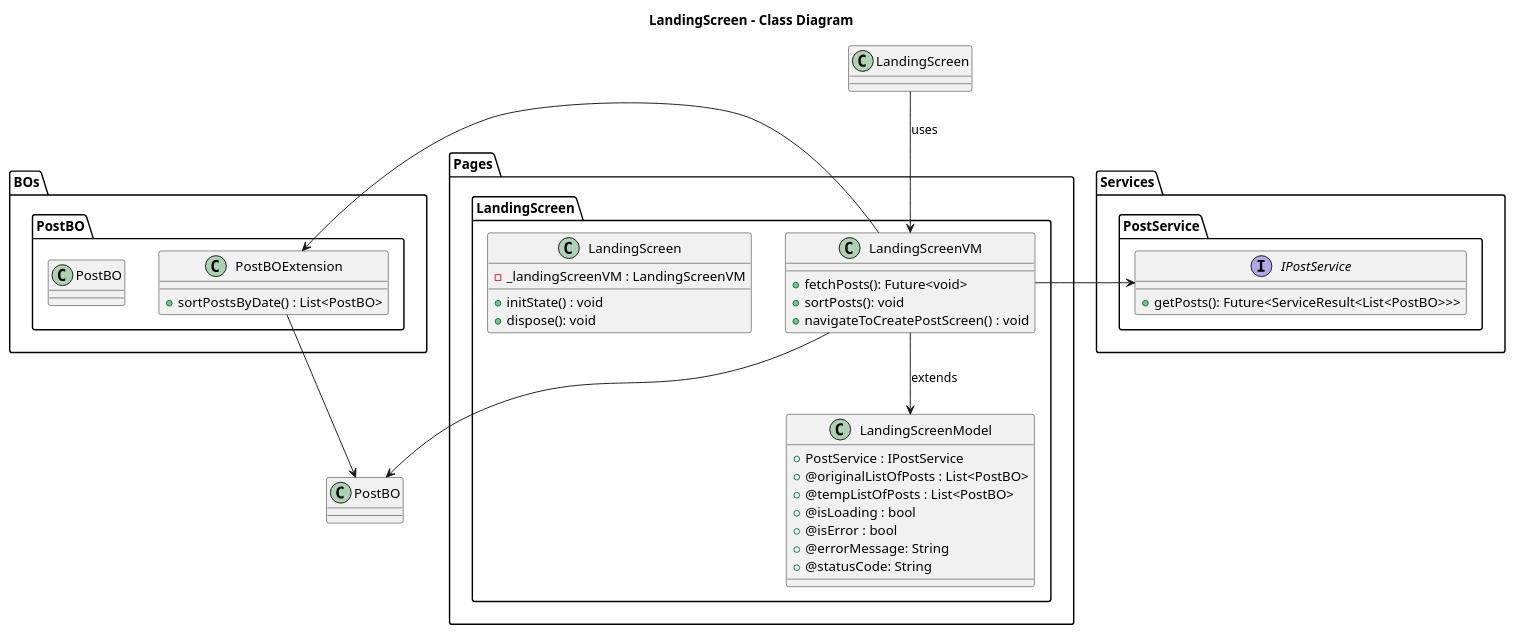
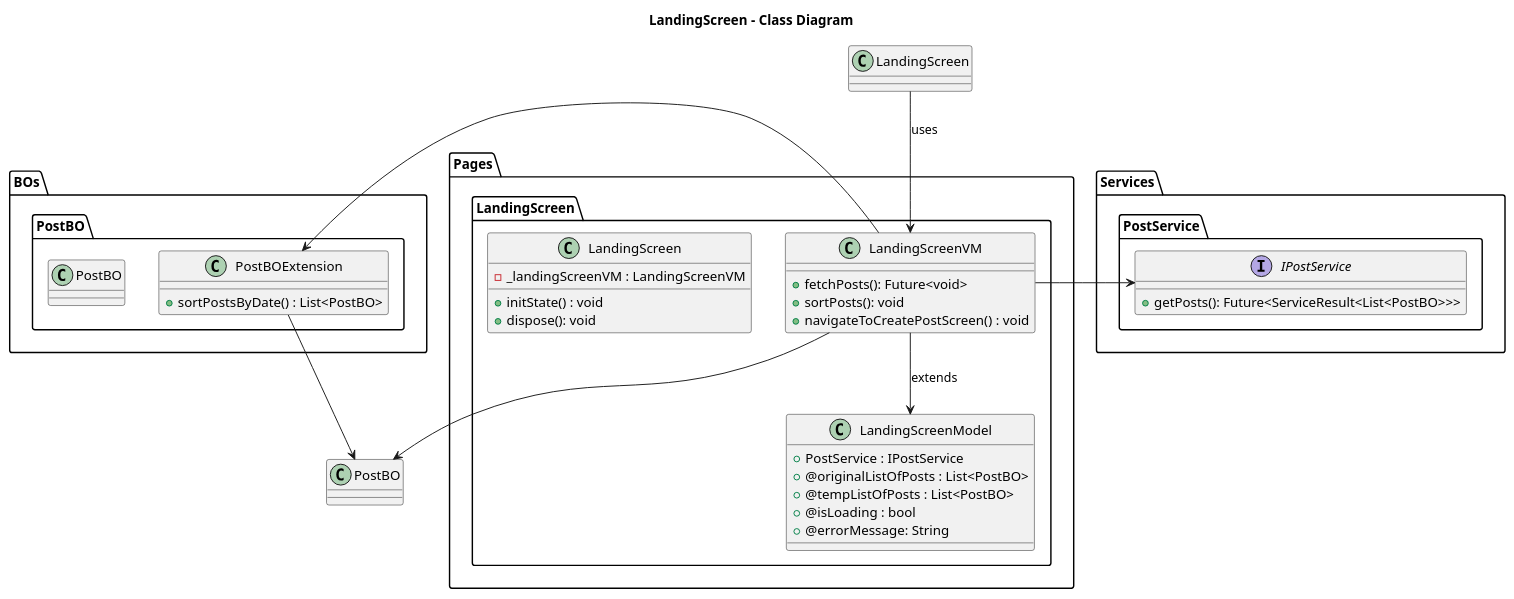
One commit to ThirumuruganArumugam/social_media changed the diagram in lib/Pages/LandingScreen/Design/LandingScreen-Class.puml. Above: the diagram before and after it, drawn with PlantUML. The commit also changed 9 other files, not shown here.

Commit message:
changes in sequence diargam

```diff
--- a/lib/Pages/LandingScreen/Design/LandingScreen-Class.puml
+++ b/lib/Pages/LandingScreen/Design/LandingScreen-Class.puml
@@ -1,53 +1,51 @@
 @startuml LandingScreen - Class
 
 title **LandingScreen - Class Diagram**
 
 package Pages{
     package LandingScreen{
         class LandingScreenModel{
             + PostService : IPostService
             + @originalListOfPosts : List<PostBO>
             + @tempListOfPosts : List<PostBO>
             + @isLoading : bool
-            + @isError : bool
             + @errorMessage: String
-            + @statusCode: String
         }
         class LandingScreenVM{
             + fetchPosts(): Future<void>
             + sortPosts(): void
             + navigateToCreatePostScreen() : void
         }
         class LandingScreen{
             - _landingScreenVM : LandingScreenVM
             + initState() : void
             + dispose(): void
         }
     }
 }
 
 package BOs{
     package PostBO{
         class PostBO{
         }
         class PostBOExtension{
             + sortPostsByDate() : List<PostBO>
         }
     }
 }
 
 package Services{
     package PostService{
         interface IPostService{
             + getPosts(): Future<ServiceResult<List<PostBO>>>
         }
     }
 }
 
 LandingScreenVM --> LandingScreenModel : extends
 LandingScreen --> LandingScreenVM : uses
 LandingScreenVM --> PostBO
 PostBOExtension --> PostBO
 LandingScreenVM -> PostBOExtension
 LandingScreenVM -> IPostService
 @enduml
```
